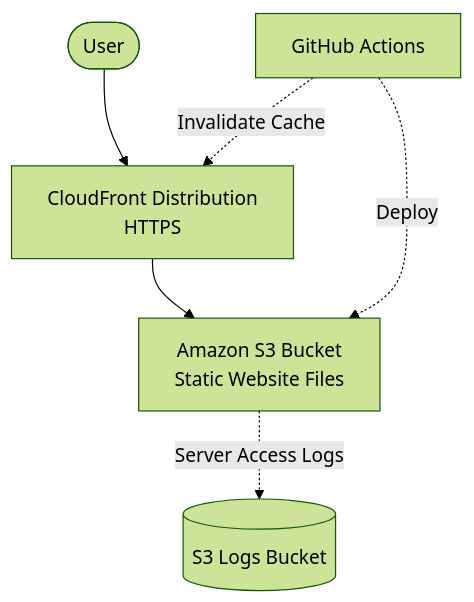
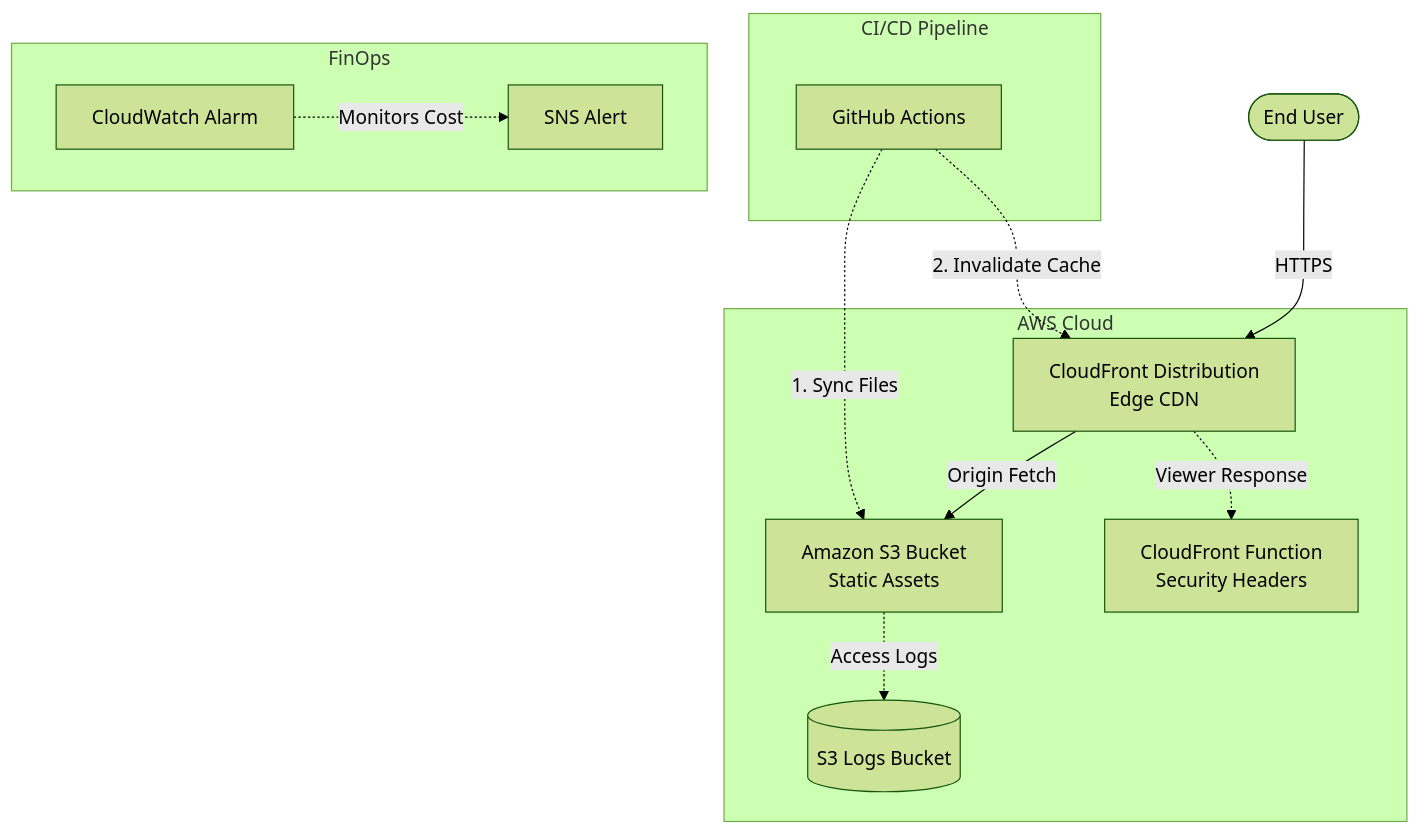
One commit to kevinjosh10/aws-static-website-platform changed the diagram in README.md. Above: the diagram before and after it, drawn with Mermaid (forest theme). The commit also changed other lines of this file and 1 other file, not shown here.

Commit message:
docs: highly optimize README with stunning visual architecture, Terraform instructions, and Edge Security details

````diff
--- a/README.md
+++ b/README.md
@@ -16,10 +26,19 @@
 ```mermaid
 flowchart TD
-    User([User]) --> CF[CloudFront Distribution \n HTTPS]
-    CF --> S3[Amazon S3 Bucket \n Static Website Files]
+    User([End User]) -->|HTTPS| CF[CloudFront Distribution \n Edge CDN]
     
-    GH[GitHub Actions] -.-> |Deploy| S3
-    GH -.-> |Invalidate Cache| CF
+    subgraph AWS Cloud
+        CF -->|Origin Fetch| S3[Amazon S3 Bucket \n Static Assets]
+        CF -.->|Viewer Response| CFF[CloudFront Function \n Security Headers]
+        S3 -.->|Access Logs| Logs[(S3 Logs Bucket)]
+    end
     
-    S3 -.-> |Server Access Logs| LogsBucket[(S3 Logs Bucket)]
+    subgraph CI/CD Pipeline
+        GH[GitHub Actions] -.->|1. Sync Files| S3
+        GH -.->|2. Invalidate Cache| CF
+    end
+    
+    subgraph FinOps
+        CW[CloudWatch Alarm] -.->|Monitors Cost| SNS[SNS Alert]
+    end
 ```
````
